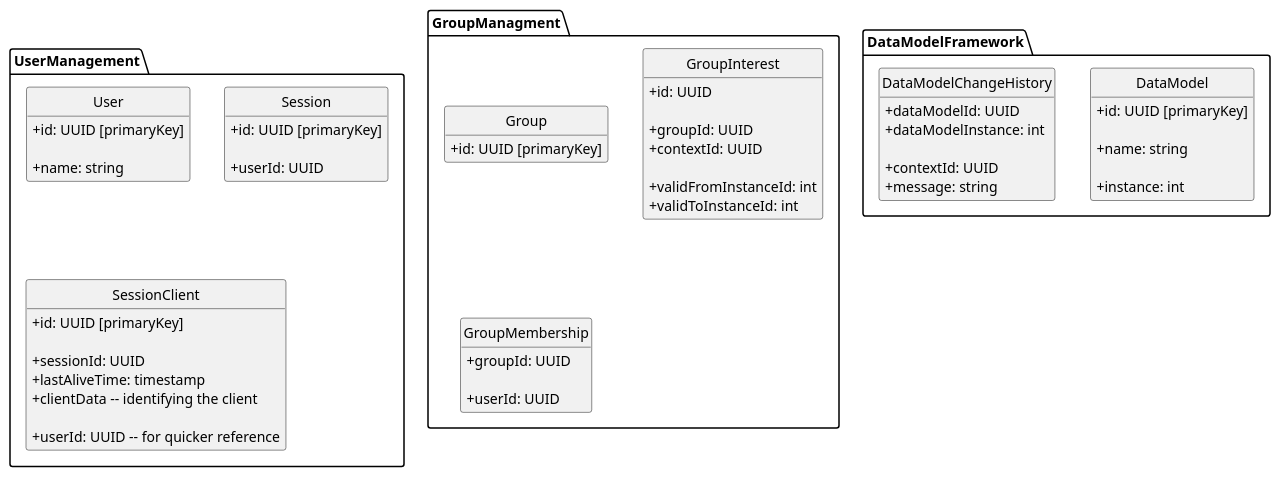
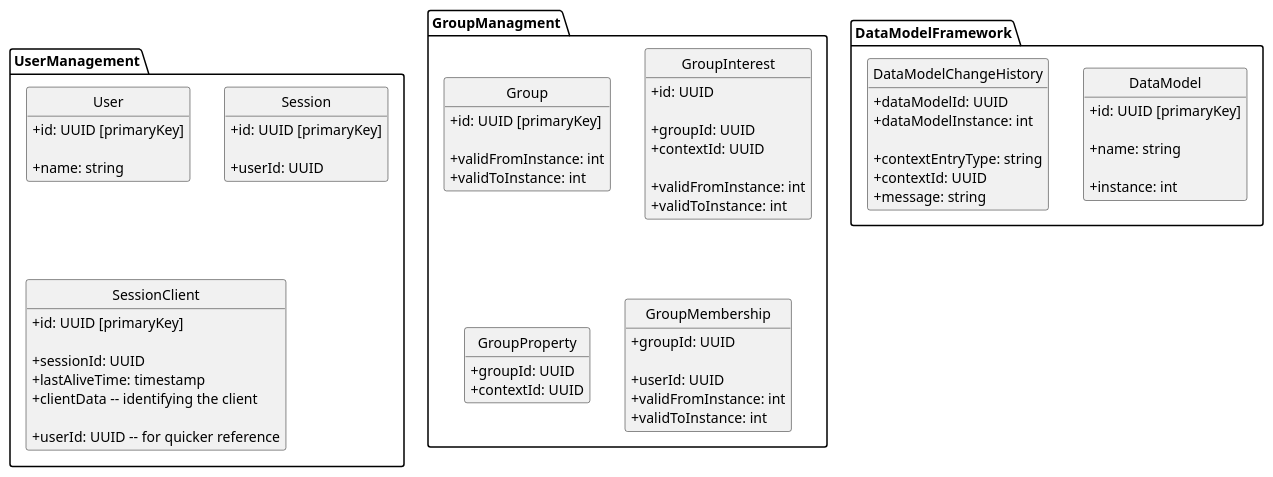
One commit to dertseha/eve-upro changed the diagram in eve-upro/uml/DataBase_Basic.plantuml. Above: the diagram before and after it, drawn with PlantUML. The commit also changed 32 other files, not shown here.

```diff
--- a/eve-upro/uml/DataBase_Basic.plantuml
+++ b/eve-upro/uml/DataBase_Basic.plantuml
@@ -1,78 +1,89 @@
 @startuml
 skinparam classAttributeIconSize 0
 hide empty members
 hide circle
 
 package DataModelFramework {
 
 class DataModel {
    + id: UUID [primaryKey]
 
    + name: string
 
    + instance: int
 }
 
 class DataModelChangeHistory {
    + dataModelId: UUID
    + dataModelInstance: int
-   
+
+   + contextEntryType: string   
    + contextId: UUID
    + message: string
 }
 
 }
 
 package UserManagement {
 
 class User {
    + id: UUID [primaryKey]
 
    + name: string
 }
 
 class Session {
    + id: UUID [primaryKey]
 
    + userId: UUID
 }
 
 class SessionClient {
    + id: UUID [primaryKey]
 
    + sessionId: UUID
    + lastAliveTime: timestamp
    + clientData -- identifying the client
    
    + userId: UUID -- for quicker reference
 }
 
 }
 
 package GroupManagment {
 
 class Group {
    + id: UUID [primaryKey]
    
+   + validFromInstance: int
+   + validToInstance: int
 }
 
 class GroupInterest {
    + id: UUID
    
    + groupId: UUID
    + contextId: UUID
    
-   + validFromInstanceId: int
-   + validToInstanceId: int
+   + validFromInstance: int
+   + validToInstance: int
+}
+
+class GroupProperty {
+   + groupId: UUID
+   + contextId: UUID
 }
 
 class GroupMembership {
    + groupId: UUID
    
    + userId: UUID
+   + validFromInstance: int
+   + validToInstance: int
 }
+
 
 }
 
 
 @enduml
```
